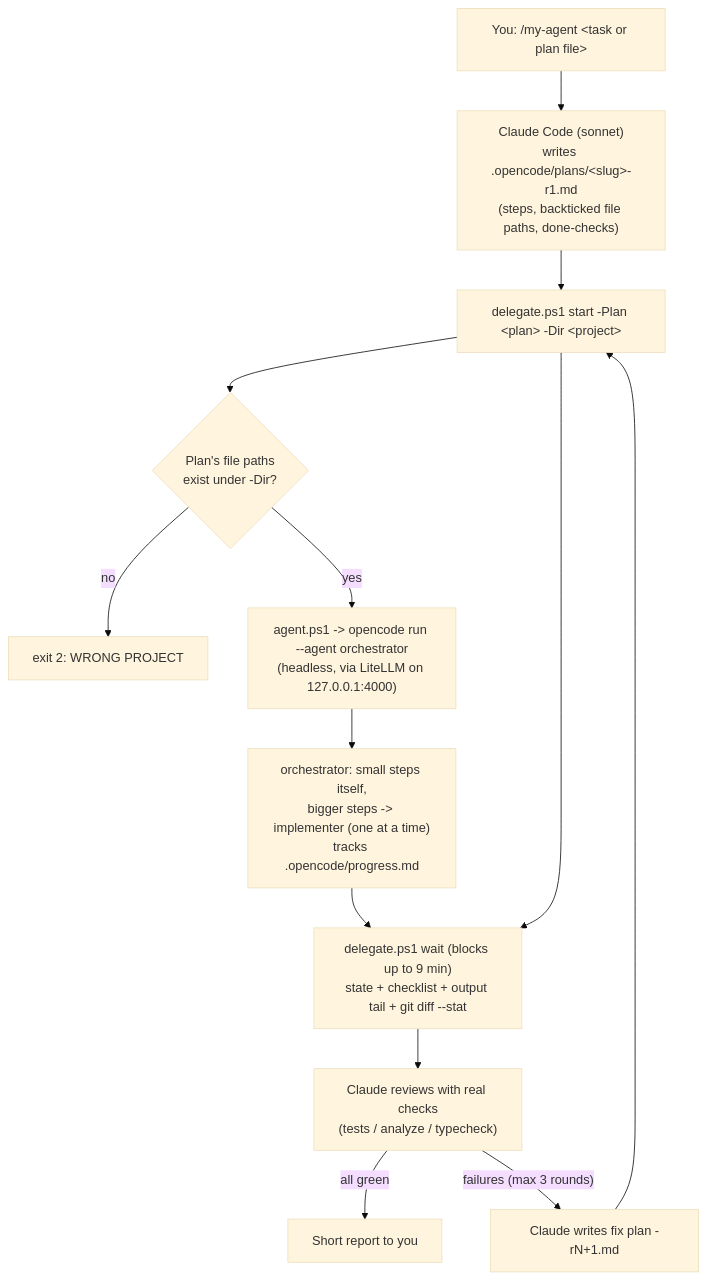
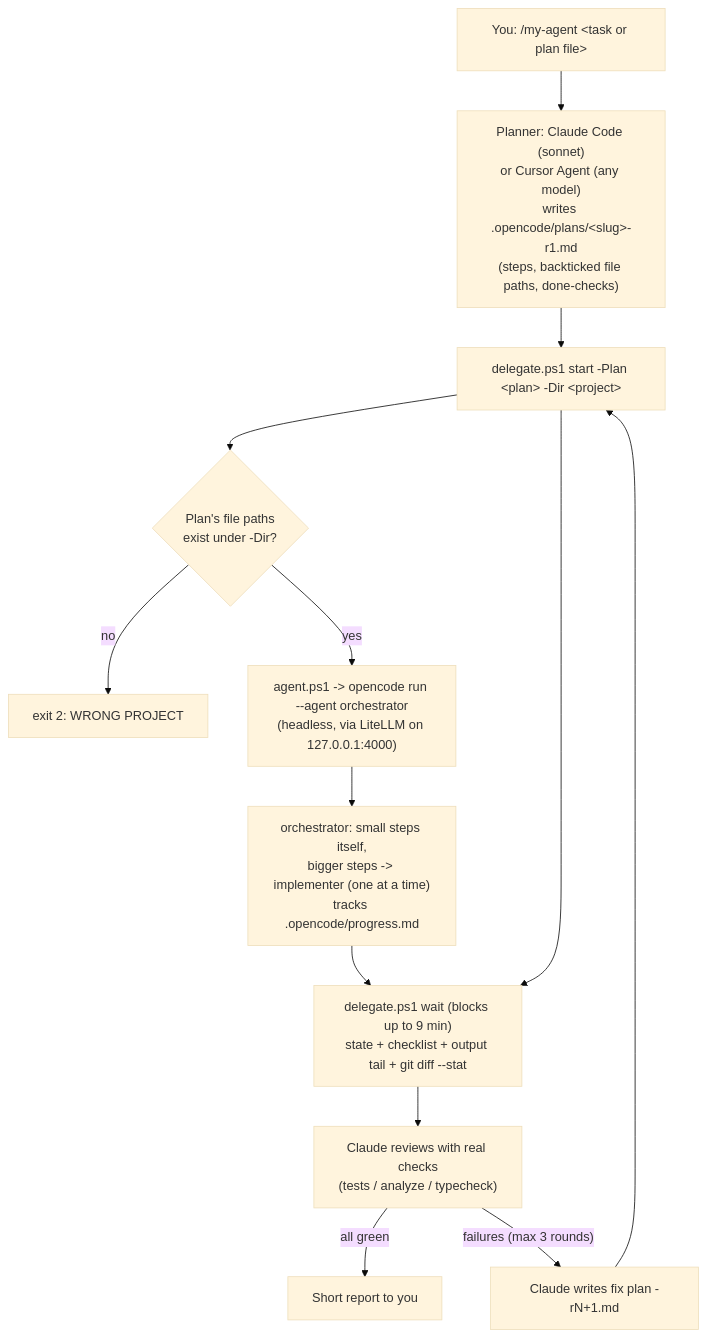
Before and after one commit to Aryan-mor/my-agent: the diagram in README.md, drawn with Mermaid (base theme). The commit also changed other lines of this file and 4 other files, not shown here.

Commit message:
Add Cursor command for my-agent

````diff
--- a/README.md
+++ b/README.md
@@ -21,15 +21,15 @@
 ```mermaid
 flowchart TD
-    U["You: /my-agent #lt;task or plan file#gt;"] --> P["Claude Code (sonnet)<br/>writes .opencode/plans/#lt;slug#gt;-r1.md<br/>(steps, backticked file paths, done-checks)"]
+    U["You: /my-agent #lt;task or plan file#gt;"] --> P["Planner: Claude Code (sonnet)<br/>or Cursor Agent (any model)<br/>writes .opencode/plans/#lt;slug#gt;-r1.md<br/>(steps, backticked file paths, done-checks)"]
     P --> S["delegate.ps1 start -Plan #lt;plan#gt; -Dir #lt;project#gt;"]
     S --> G{"Plan's file paths<br/>exist under -Dir?"}
     G -- no --> W["exit 2: WRONG PROJECT"]
     G -- yes --> A["agent.ps1 -> opencode run --agent orchestrator<br/>(headless, via LiteLLM on 127.0.0.1:4000)"]
     A --> O["orchestrator: small steps itself,<br/>bigger steps -> implementer (one at a time)<br/>tracks .opencode/progress.md"]
     S --> WT["delegate.ps1 wait (blocks up to 9 min)<br/>state + checklist + output tail + git diff --stat"]
     O --> WT
     WT --> R["Claude reviews with real checks<br/>(tests / analyze / typecheck)"]
     R -- "all green" --> D["Short report to you"]
     R -- "failures (max 3 rounds)" --> F["Claude writes fix plan -rN+1.md"]
     F --> S
 ```
````
